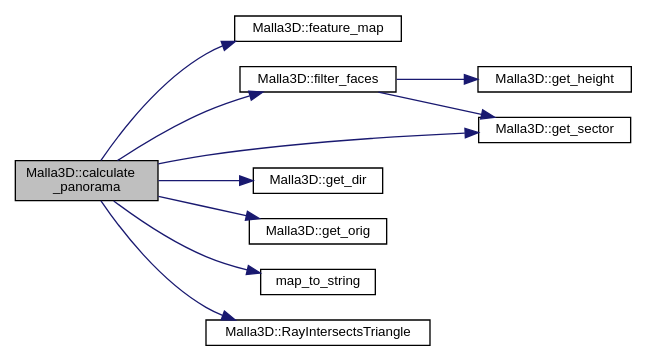
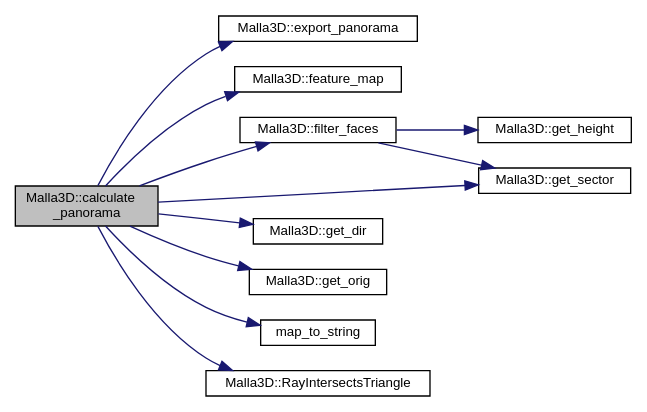
Before and after one commit to Alexmnzlms/panorama_extended: the diagram in classMalla3D_a62a468f594ed9248bfb756207d79bca9_cgraph.dot, drawn with Graphviz. The commit also changed 195 other files, not shown here.

```diff
--- a/classMalla3D_a62a468f594ed9248bfb756207d79bca9_cgraph.dot
+++ b/classMalla3D_a62a468f594ed9248bfb756207d79bca9_cgraph.dot
@@ -1,25 +1,27 @@
 digraph "Malla3D::calculate_panorama"
 {
  // LATEX_PDF_SIZE
   edge [fontname="Helvetica",fontsize="10",labelfontname="Helvetica",labelfontsize="10"];
   node [fontname="Helvetica",fontsize="10",shape=record];
   rankdir="LR";
   Node1 [label="Malla3D::calculate\l_panorama",height=0.2,width=0.4,color="black", fillcolor="grey75", style="filled", fontcolor="black",tooltip="Calculate PANORAMA [extended] representation of the 3D mesh."];
   Node1 -> Node2 [color="midnightblue",fontsize="10",style="solid",fontname="Helvetica"];
-  Node2 [label="Malla3D::feature_map",height=0.2,width=0.4,color="black", fillcolor="white", style="filled",URL="$classMalla3D.html#af31e0135d4e38023e1cb13784247c7d3",tooltip="Compute the feature map specified ."];
+  Node2 [label="Malla3D::export_panorama",height=0.2,width=0.4,color="black", fillcolor="white", style="filled",URL="$classMalla3D.html#ad15e8de3e89c77f8dde51dc62084d197",tooltip="Export PANORAMA representation to a png image."];
   Node1 -> Node3 [color="midnightblue",fontsize="10",style="solid",fontname="Helvetica"];
-  Node3 [label="Malla3D::filter_faces",height=0.2,width=0.4,color="black", fillcolor="white", style="filled",URL="$classMalla3D.html#a7ea87c0adeb5a82ff56d04088c78688b",tooltip="Separates the faces of the mesh according to their height and sector."];
-  Node3 -> Node4 [color="midnightblue",fontsize="10",style="solid",fontname="Helvetica"];
-  Node4 [label="Malla3D::get_height",height=0.2,width=0.4,color="black", fillcolor="white", style="filled",URL="$classMalla3D.html#a01febaaa4fb630d6c3b62590ff740e51",tooltip="Get height of a division of the cylinder."];
-  Node3 -> Node5 [color="midnightblue",fontsize="10",style="solid",fontname="Helvetica"];
-  Node5 [label="Malla3D::get_sector",height=0.2,width=0.4,color="black", fillcolor="white", style="filled",URL="$classMalla3D.html#a1bce49b0d0ef934299b68cd8f29626f6",tooltip="Get sector of a point."];
+  Node3 [label="Malla3D::feature_map",height=0.2,width=0.4,color="black", fillcolor="white", style="filled",URL="$classMalla3D.html#af31e0135d4e38023e1cb13784247c7d3",tooltip="Compute the feature map specified ."];
+  Node1 -> Node4 [color="midnightblue",fontsize="10",style="solid",fontname="Helvetica"];
+  Node4 [label="Malla3D::filter_faces",height=0.2,width=0.4,color="black", fillcolor="white", style="filled",URL="$classMalla3D.html#a7ea87c0adeb5a82ff56d04088c78688b",tooltip="Separates the faces of the mesh according to their height and sector."];
+  Node4 -> Node5 [color="midnightblue",fontsize="10",style="solid",fontname="Helvetica"];
+  Node5 [label="Malla3D::get_height",height=0.2,width=0.4,color="black", fillcolor="white", style="filled",URL="$classMalla3D.html#a01febaaa4fb630d6c3b62590ff740e51",tooltip="Get height of a division of the cylinder."];
+  Node4 -> Node6 [color="midnightblue",fontsize="10",style="solid",fontname="Helvetica"];
+  Node6 [label="Malla3D::get_sector",height=0.2,width=0.4,color="black", fillcolor="white", style="filled",URL="$classMalla3D.html#a1bce49b0d0ef934299b68cd8f29626f6",tooltip="Get sector of a point."];
+  Node1 -> Node7 [color="midnightblue",fontsize="10",style="solid",fontname="Helvetica"];
+  Node7 [label="Malla3D::get_dir",height=0.2,width=0.4,color="black", fillcolor="white", style="filled",URL="$classMalla3D.html#a6316e6fd15009373da175d7e8a7dd978",tooltip="Get direction of ray based on axis and angle."];
+  Node1 -> Node8 [color="midnightblue",fontsize="10",style="solid",fontname="Helvetica"];
+  Node8 [label="Malla3D::get_orig",height=0.2,width=0.4,color="black", fillcolor="white", style="filled",URL="$classMalla3D.html#ac1801ab429f5d4531a48016d8629efce",tooltip="Get origin of ray based on axis and height."];
   Node1 -> Node6 [color="midnightblue",fontsize="10",style="solid",fontname="Helvetica"];
-  Node6 [label="Malla3D::get_dir",height=0.2,width=0.4,color="black", fillcolor="white", style="filled",URL="$classMalla3D.html#a6316e6fd15009373da175d7e8a7dd978",tooltip="Get direction of ray based on axis and angle."];
-  Node1 -> Node7 [color="midnightblue",fontsize="10",style="solid",fontname="Helvetica"];
-  Node7 [label="Malla3D::get_orig",height=0.2,width=0.4,color="black", fillcolor="white", style="filled",URL="$classMalla3D.html#ac1801ab429f5d4531a48016d8629efce",tooltip="Get origin of ray based on axis and height."];
-  Node1 -> Node5 [color="midnightblue",fontsize="10",style="solid",fontname="Helvetica"];
-  Node1 -> Node8 [color="midnightblue",fontsize="10",style="solid",fontname="Helvetica"];
-  Node8 [label="map_to_string",height=0.2,width=0.4,color="black", fillcolor="white", style="filled",URL="$aux_8h.html#aee40fe119b557ef2e8c1b596fd28c0b5",tooltip="Convert enum Map to std::string c++ type."];
   Node1 -> Node9 [color="midnightblue",fontsize="10",style="solid",fontname="Helvetica"];
-  Node9 [label="Malla3D::RayIntersectsTriangle",height=0.2,width=0.4,color="black", fillcolor="white", style="filled",URL="$classMalla3D.html#a16cfe88c11a5a9ab468833cc412b4ba3",tooltip="Compute Ray-Triangle Intersection using Möller-Trumbore algorithm."];
+  Node9 [label="map_to_string",height=0.2,width=0.4,color="black", fillcolor="white", style="filled",URL="$aux_8h.html#aee40fe119b557ef2e8c1b596fd28c0b5",tooltip="Convert enum Map to std::string c++ type."];
+  Node1 -> Node10 [color="midnightblue",fontsize="10",style="solid",fontname="Helvetica"];
+  Node10 [label="Malla3D::RayIntersectsTriangle",height=0.2,width=0.4,color="black", fillcolor="white", style="filled",URL="$classMalla3D.html#a16cfe88c11a5a9ab468833cc412b4ba3",tooltip="Compute Ray-Triangle Intersection using Möller-Trumbore algorithm."];
 }
```
